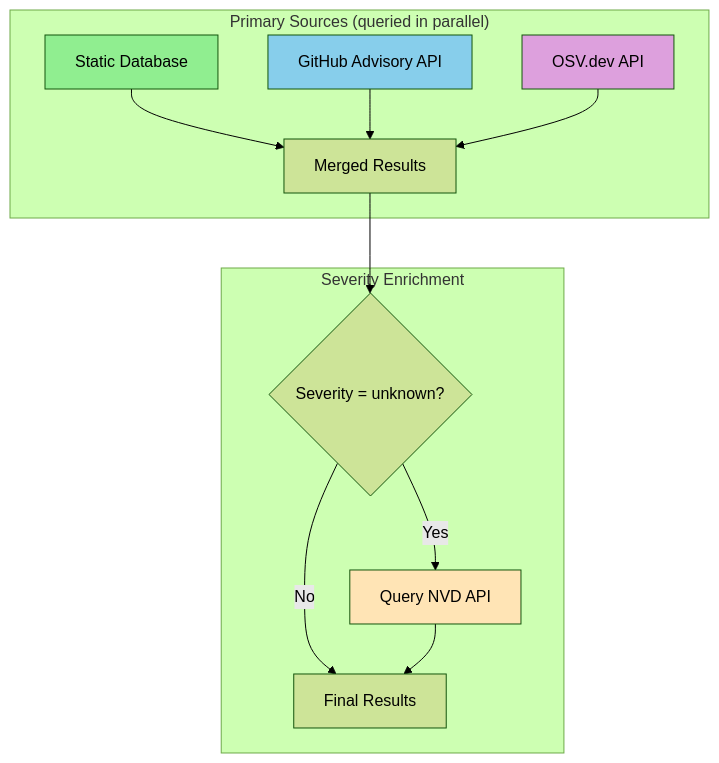
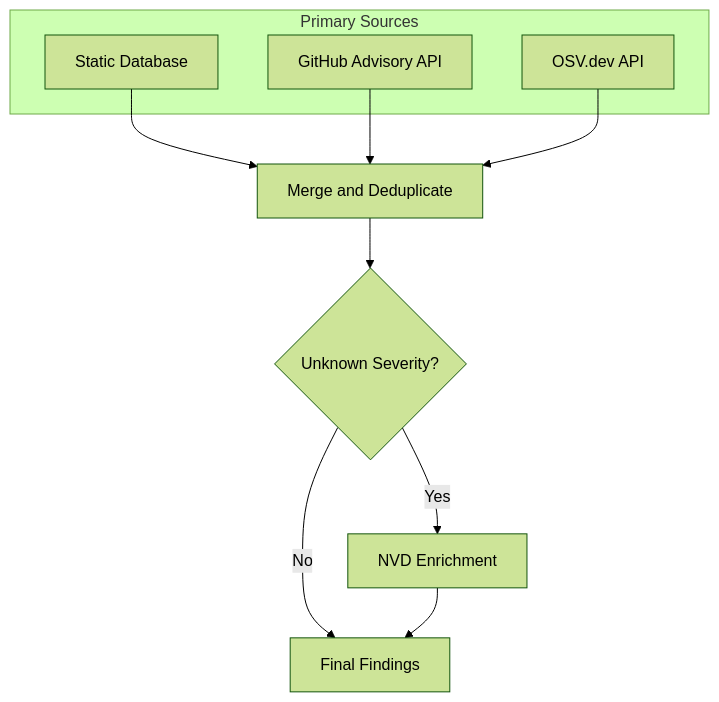
One commit to asx8678/pnpm-audit-hook changed the third of 6 diagrams in README.md. Above: the diagram before and after it, drawn with Mermaid (forest theme). The commit also changed other lines of this file and 1 other file, not shown here.

````diff
--- a/README.md
+++ b/README.md
@@ -240,20 +536,16 @@
 ```mermaid
 flowchart TD
-    subgraph PRIMARY["Primary Sources (queried in parallel)"]
-        A[Static Database] --> D[Merged Results]
-        B[GitHub Advisory API] --> D
-        C[OSV.dev API] --> D
+    subgraph PRIMARY["Primary Sources"]
+        A[Static Database]
+        B[GitHub Advisory API]
+        C[OSV.dev API]
     end
 
-    subgraph ENRICHMENT["Severity Enrichment"]
-        D --> E{Severity = unknown?}
-        E -->|Yes| F[Query NVD API]
-        E -->|No| G[Final Results]
-        F --> G
-    end
-
-    style A fill:#90EE90
-    style B fill:#87CEEB
-    style C fill:#DDA0DD
-    style F fill:#FFE4B5
+    A --> D[Merge and Deduplicate]
+    B --> D
+    C --> D
+    D --> E{Unknown Severity?}
+    E -->|Yes| F[NVD Enrichment]
+    E -->|No| G[Final Findings]
+    F --> G
 ```
````
